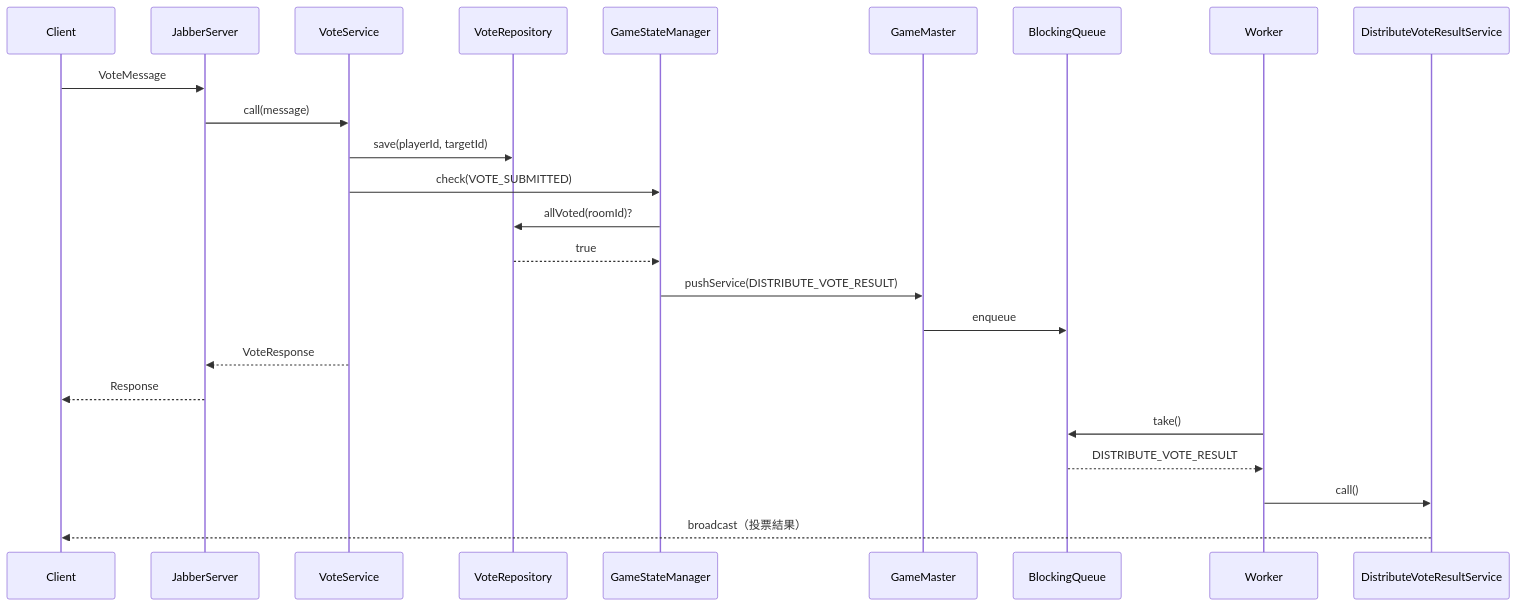
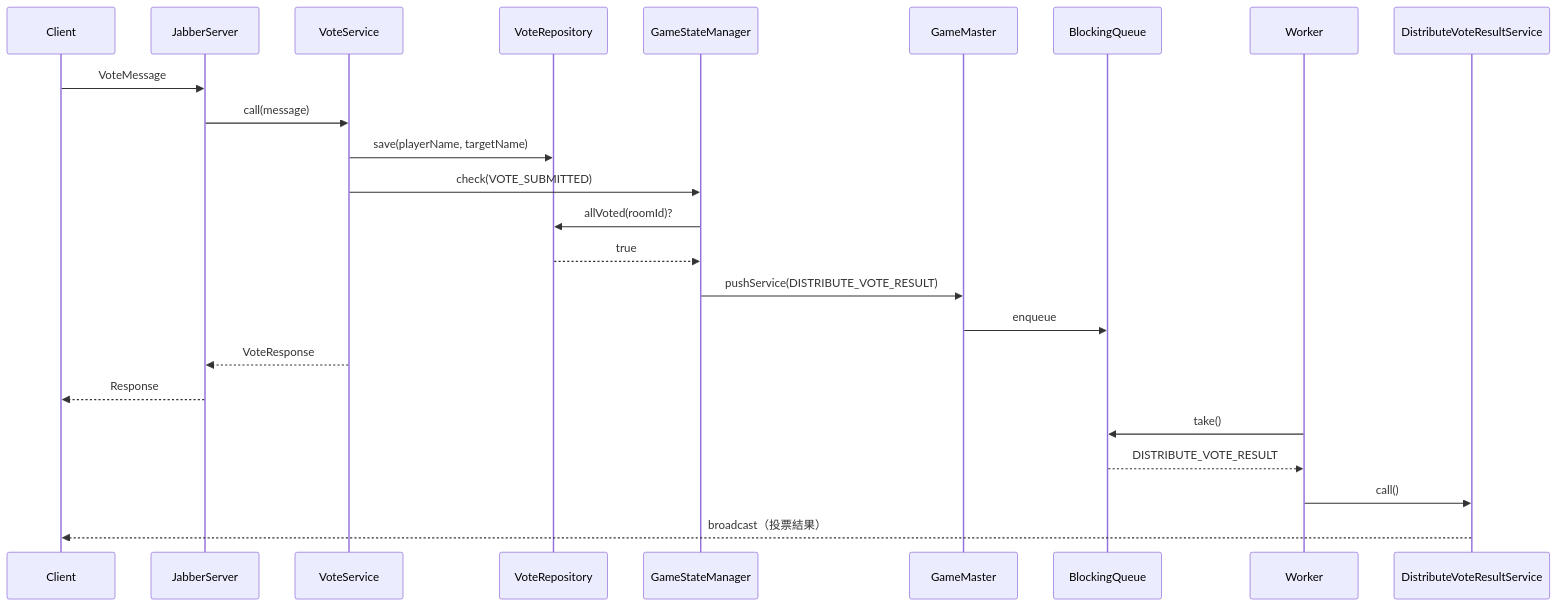
Before and after one commit to doguto/waseda-soft-exp: the second of 4 diagrams in docs/architecture.md, drawn with Mermaid. The commit also changed other lines of this file and 99 other files, not shown here.

````diff
--- a/docs/architecture.md
+++ b/docs/architecture.md
@@ -104,28 +104,28 @@
 ```mermaid
 sequenceDiagram
     participant C  as Client
     participant J  as JabberServer
     participant VS as VoteService
     participant VR as VoteRepository
     participant GSM as GameStateManager
     participant GM as GameMaster
     participant Q  as BlockingQueue
     participant W  as Worker
     participant DS as DistributeVoteResultService
 
     C->>J: VoteMessage
     J->>VS: call(message)
-    VS->>VR: save(playerId, targetId)
+    VS->>VR: save(playerName, targetName)
     VS->>GSM: check(VOTE_SUBMITTED)
     GSM->>VR: allVoted(roomId)?
     VR-->>GSM: true
     GSM->>GM: pushService(DISTRIBUTE_VOTE_RESULT)
     GM->>Q: enqueue
     VS-->>J: VoteResponse
     J-->>C: Response
 
     W->>Q: take()
     Q-->>W: DISTRIBUTE_VOTE_RESULT
     W->>DS: call()
     DS-->>C: broadcast（投票結果）
 ```
````
